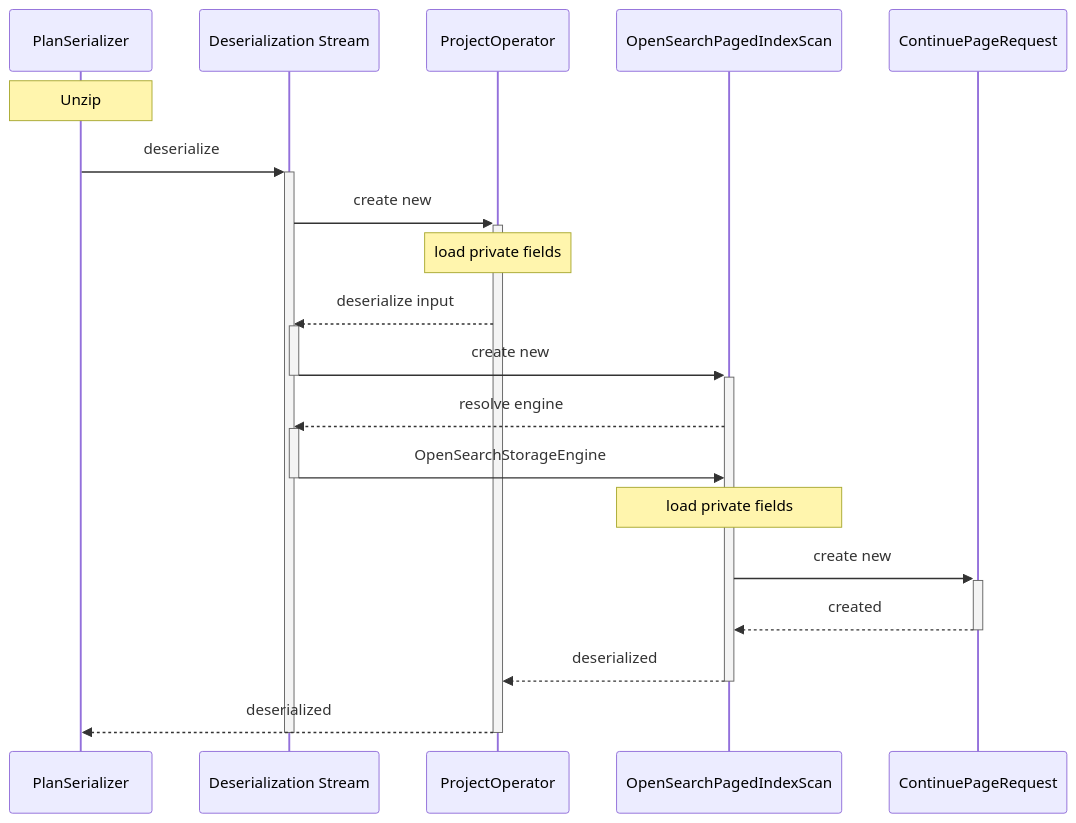
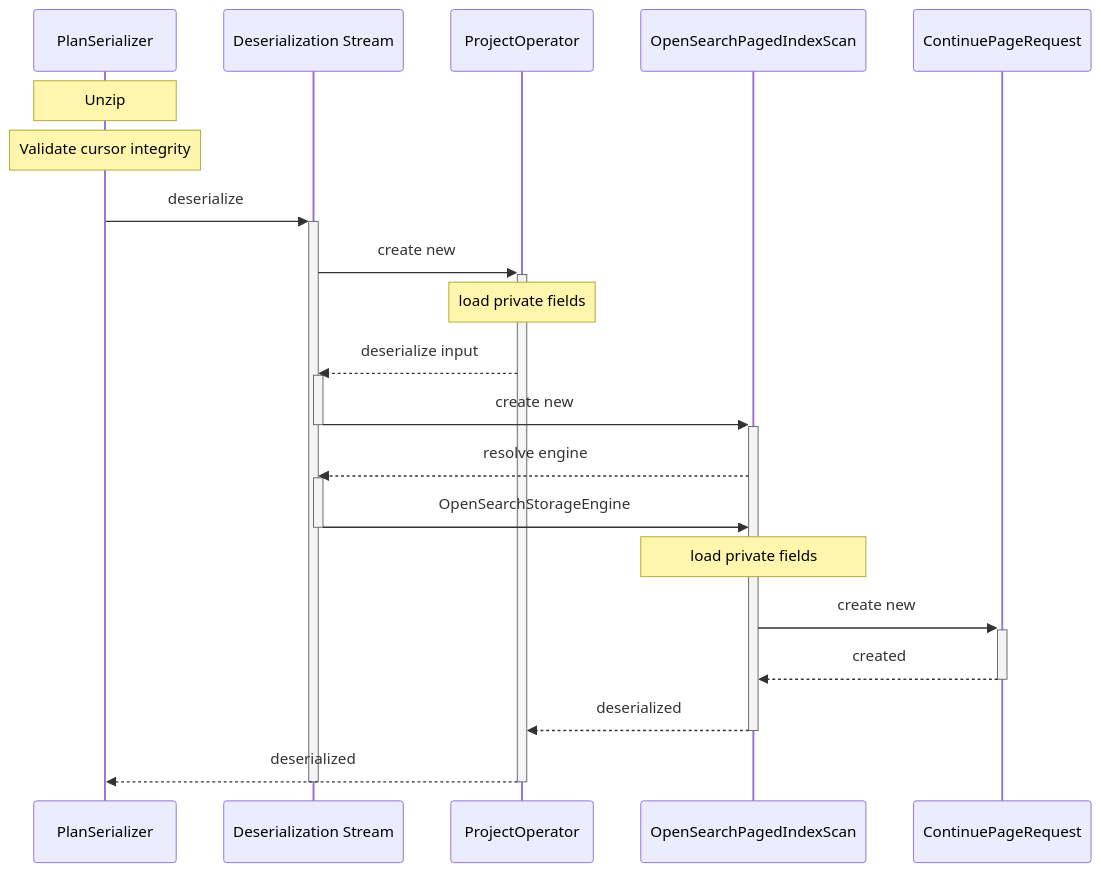
One commit to opensearch-project/sql changed the fifth of 11 diagrams in docs/dev/Pagination-v2.md. Above: the diagram before and after it, drawn with Mermaid. The commit also changed other lines of this file, not shown here.

````diff
--- a/docs/dev/Pagination-v2.md
+++ b/docs/dev/Pagination-v2.md
@@ -231,25 +242,26 @@
 ```mermaid
 sequenceDiagram
     participant PlanSerializer
     participant Deserialization Stream
     participant ProjectOperator
     participant OpenSearchPagedIndexScan
     participant ContinuePageRequest
 
 Note over PlanSerializer: Unzip
+Note over PlanSerializer: Validate cursor integrity
 PlanSerializer->>+Deserialization Stream: deserialize
   Deserialization Stream->>+ProjectOperator: create new
     Note over ProjectOperator: load private fields
     ProjectOperator-->>Deserialization Stream: deserialize input
   activate Deserialization Stream
   Deserialization Stream->>+OpenSearchPagedIndexScan: create new
   deactivate Deserialization Stream
     OpenSearchPagedIndexScan-->>+Deserialization Stream: resolve engine
   Deserialization Stream->>-OpenSearchPagedIndexScan: OpenSearchStorageEngine
     Note over OpenSearchPagedIndexScan: load private fields
     OpenSearchPagedIndexScan->>+ContinuePageRequest: create new
       ContinuePageRequest-->>-OpenSearchPagedIndexScan: created
     OpenSearchPagedIndexScan-->>-ProjectOperator: deserialized
   ProjectOperator-->>-PlanSerializer: deserialized
   deactivate Deserialization Stream
 ```
````
